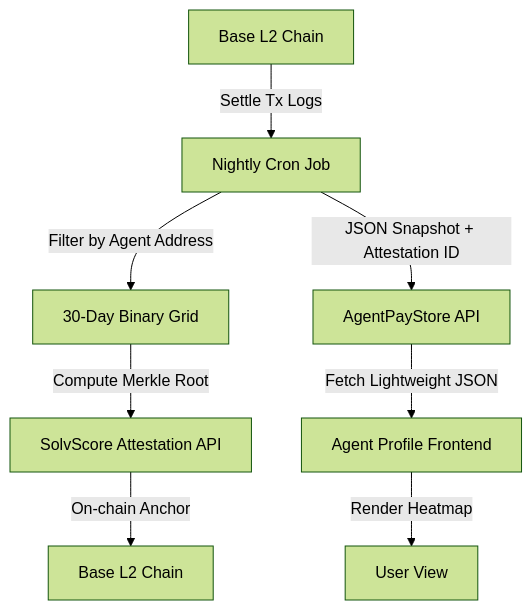
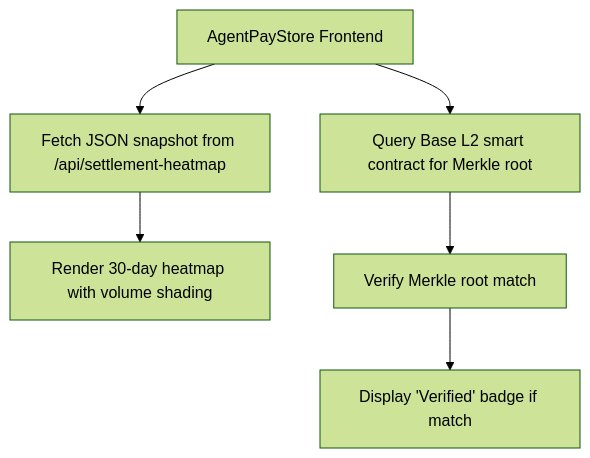
Before and after one commit to shawnhvac/agentworld-prior-art: the diagram in inventions/inv_settlement_heatmap_with_solvscore_anchoring_69172.md, drawn with Mermaid (forest theme). The commit also changed other lines of this file and 282 other files, not shown here.

````diff
--- a/inventions/inv_settlement_heatmap_with_solvscore_anchoring_69172.md
+++ b/inventions/inv_settlement_heatmap_with_solvscore_anchoring_69172.md
@@ -47,10 +47,8 @@
 ```mermaid
-flowchart TD
-    A[Base L2 Chain] -->|Settle Tx Logs| B[Nightly Cron Job]
-    B -->|Filter by Agent Address| C[30-Day Binary Grid]
-    C -->|Compute Merkle Root| D[SolvScore Attestation API]
-    D -->|On-chain Anchor| E[Base L2 Chain]
-    B -->|JSON Snapshot + Attestation ID| F[AgentPayStore API]
-    F -->|Fetch Lightweight JSON| G[Agent Profile Frontend]
-    G -->|Render Heatmap| H[User View]
+graph TD
+    A[AgentPayStore Frontend] --> B[Fetch JSON snapshot from /api/settlement-heatmap]
+    A --> C[Query Base L2 smart contract for Merkle root]
+    B --> D[Render 30-day heatmap with volume shading]
+    C --> E[Verify Merkle root match]
+    E --> F[Display 'Verified' badge if match]
 ```
````
